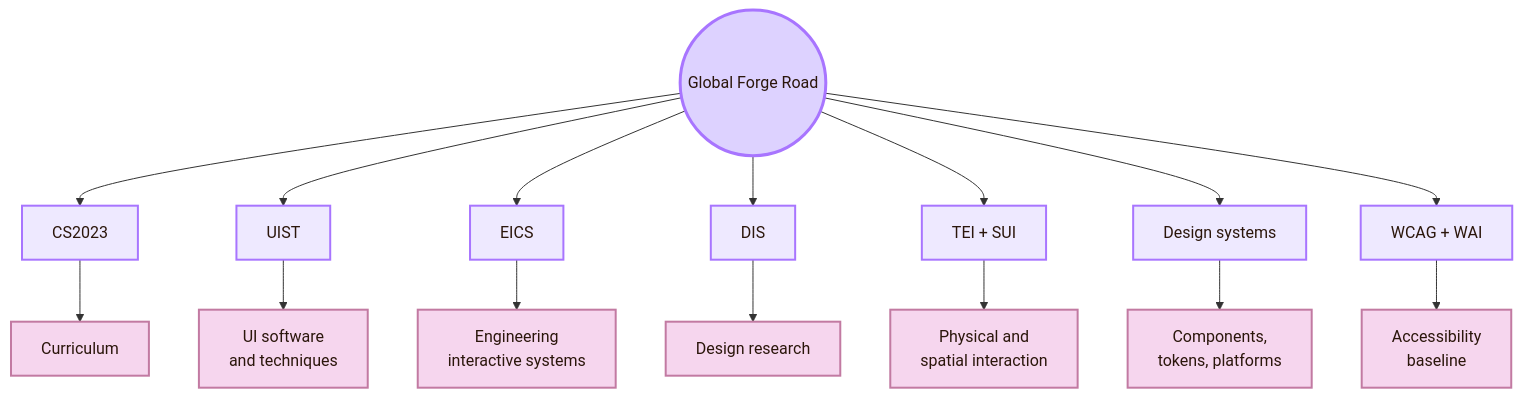
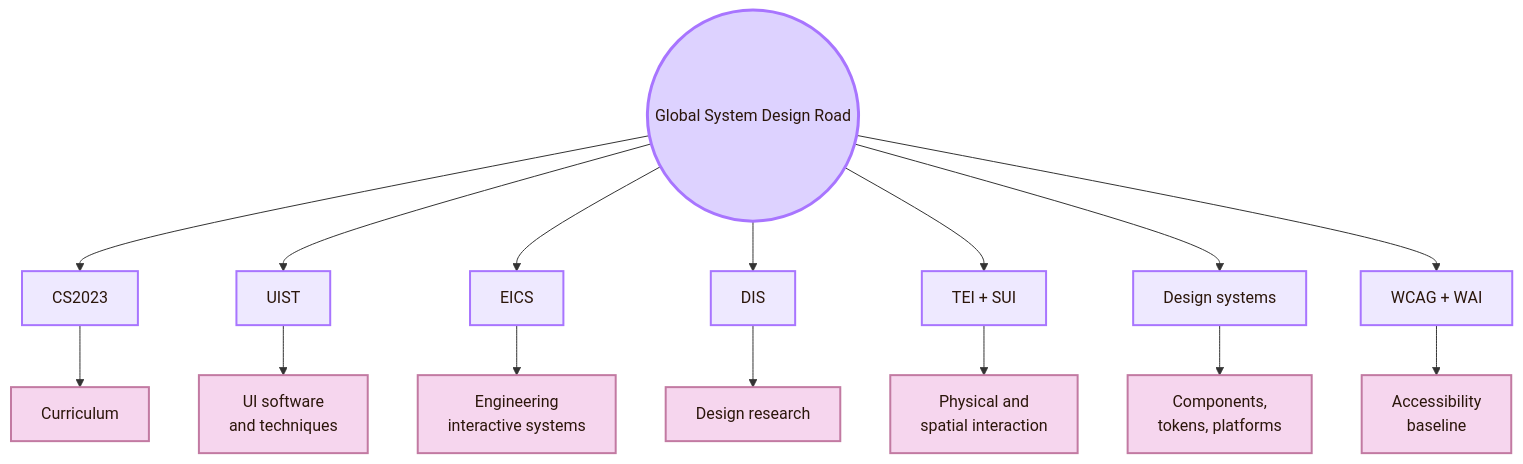
One commit to andreitegzes06-ui/CogniShire changed the fourth of 4 diagrams in 01_Core_Area_HCI/001_Subareas/02_System_Design/Local and Global.md. Above: the diagram before and after it, drawn with Mermaid. The commit also changed other lines of this file and 132 other files, not shown here.

````diff
--- a/01_Core_Area_HCI/001_Subareas/02_System_Design/Local and Global.md
+++ b/01_Core_Area_HCI/001_Subareas/02_System_Design/Local and Global.md
@@ -260,28 +111,28 @@
 ```mermaid
 flowchart TB
-    A((Global Forge Road))
+    A((Global System Design Road))
 
     A --> B[CS2023]
     A --> C[UIST]
     A --> D[EICS]
     A --> E[DIS]
     A --> F[TEI + SUI]
     A --> G[Design systems]
     A --> H[WCAG + WAI]
 
     B --> B1[Curriculum]
     C --> C1[UI software<br/>and techniques]
     D --> D1[Engineering<br/>interactive systems]
     E --> E1[Design research]
     F --> F1[Physical and<br/>spatial interaction]
     G --> G1[Components,<br/>tokens, platforms]
     H --> H1[Accessibility<br/>baseline]
 
     classDef center fill:#ddd2ff,stroke:#a875ff,color:#2b160b,stroke-width:3px;
     classDef node fill:#eee9ff,stroke:#a875ff,color:#2b160b,stroke-width:2px;
     classDef detail fill:#f6d6ee,stroke:#c27aa2,color:#2b160b,stroke-width:2px;
 
     class A center;
     class B,C,D,E,F,G,H node;
     class B1,C1,D1,E1,F1,G1,H1 detail;
 ```
````
